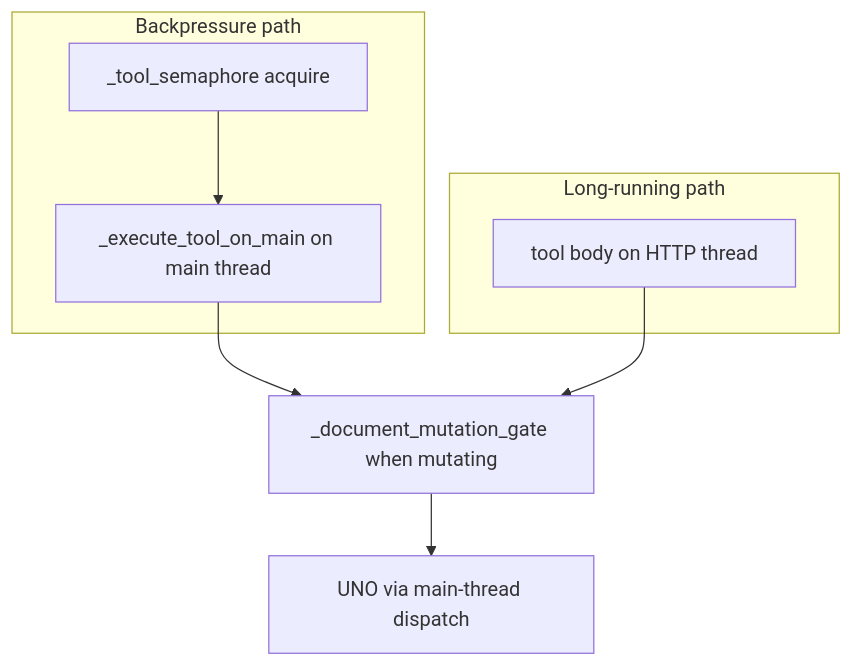
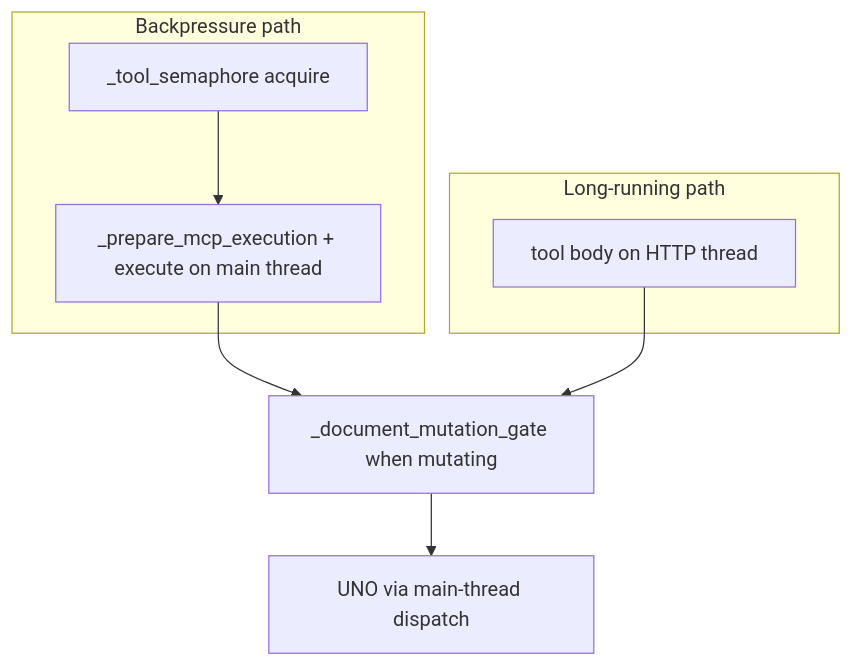
The first of 3 diagrams in docs/framework-threading.md (Augusto-Zolet/writeragent), drawn with Mermaid before and after one commit. The commit also changed 7 other files, not shown here.

Commit message:
The MCP tools/call path is slimmer and the two executors share one prepare/run helper.

````diff
--- a/docs/framework-threading.md
+++ b/docs/framework-threading.md
@@ -37,14 +37,14 @@
 ```mermaid
 flowchart TB
     subgraph backpressure [Backpressure path]
         Sem["_tool_semaphore acquire"]
-        MainRun["_execute_tool_on_main on main thread"]
+        MainRun["_prepare_mcp_execution + execute on main thread"]
         Sem --> MainRun
     end
     subgraph longrun [Long-running path]
         HttpRun["tool body on HTTP thread"]
     end
     MainRun --> Gate["_document_mutation_gate when mutating"]
     HttpRun --> Gate
     Gate --> Uno["UNO via main-thread dispatch"]
 ```
````
